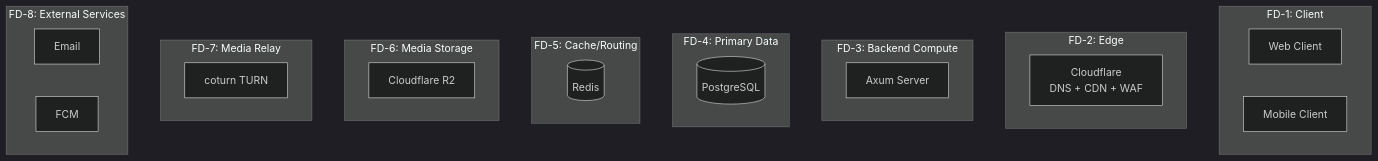
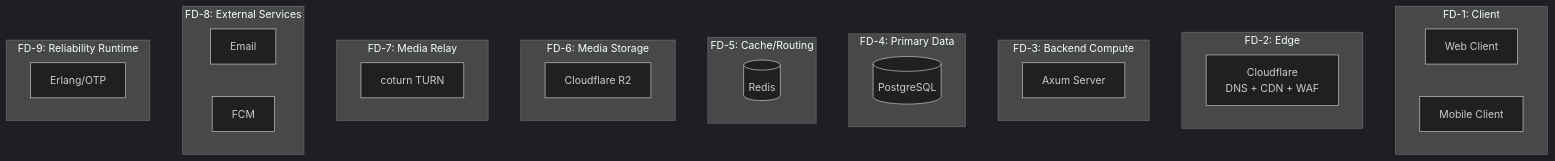
One commit to Aaditya-kumar-singh/Connect changed the diagram in docs/02-architecture/failure-domains.md. Above: the diagram before and after it, drawn with Mermaid (dark theme). The commit also changed other lines of this file and 242 other files, not shown here.

````diff
--- a/docs/02-architecture/failure-domains.md
+++ b/docs/02-architecture/failure-domains.md
@@ -16,36 +16,40 @@
 ```mermaid
 graph TB
     subgraph "FD-1: Client"
         WEB[Web Client]
         MOBILE[Mobile Client]
     end
 
     subgraph "FD-2: Edge"
         CF[Cloudflare<br/>DNS + CDN + WAF]
     end
 
     subgraph "FD-3: Backend Compute"
         AXUM[Axum Server]
     end
 
     subgraph "FD-4: Primary Data"
         PG[(PostgreSQL)]
     end
 
     subgraph "FD-5: Cache/Routing"
         REDIS[(Redis)]
     end
 
     subgraph "FD-6: Media Storage"
         R2[Cloudflare R2]
     end
 
     subgraph "FD-7: Media Relay"
         TURN[coturn TURN]
     end
 
     subgraph "FD-8: External Services"
         EMAIL[Email]
         FCM[FCM]
     end
+
+    subgraph "FD-9: Reliability Runtime"
+        ERLANG[Erlang/OTP]
+    end
 ```
````
